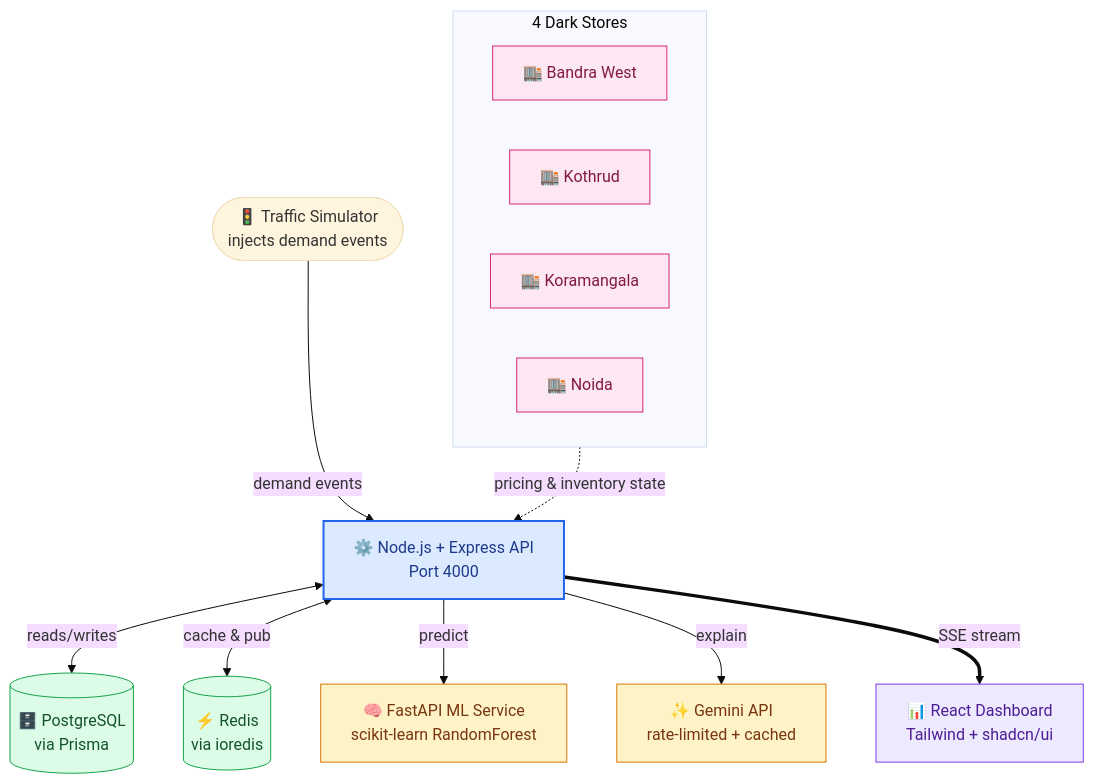
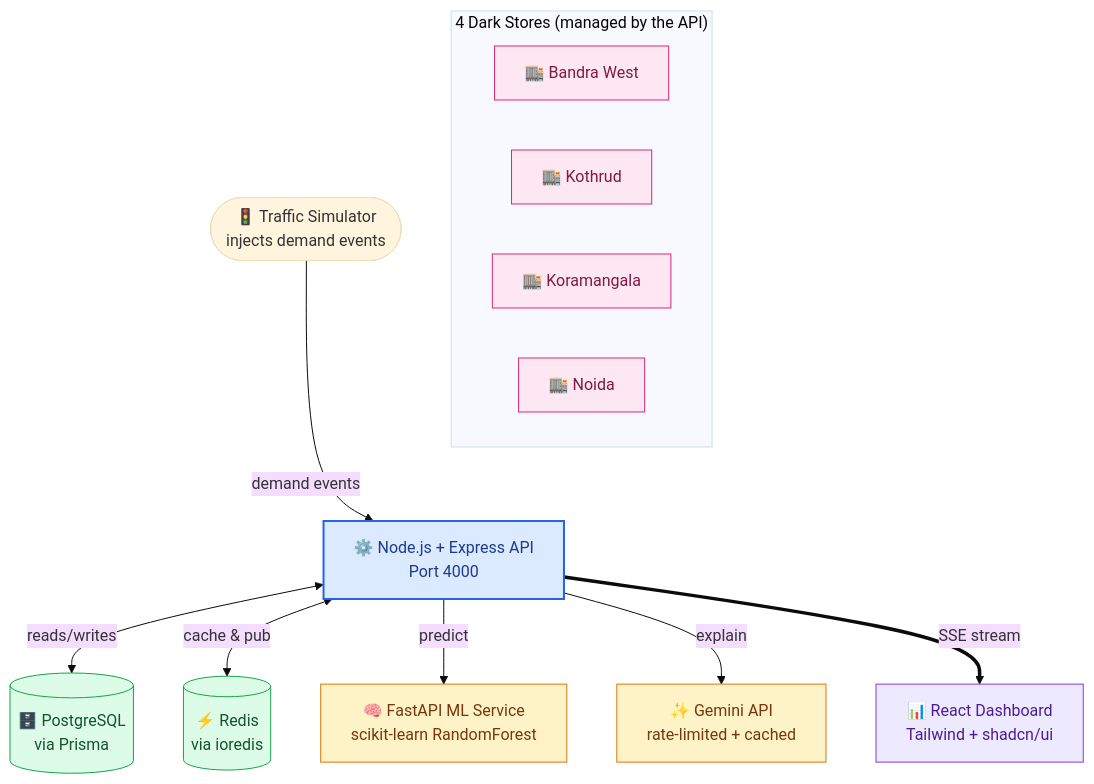
One commit to Kalpesh2409/surgeops changed the diagram in README.md. Above: the diagram before and after it, drawn with Mermaid (base theme).

Commit message:
docs: simplify architecture diagram to avoid misleading store->API arrow

````diff
--- a/README.md
+++ b/README.md
@@ -39,39 +39,40 @@
 ```mermaid
 flowchart TB
     Sim(["🚦 Traffic Simulator<br/>injects demand events"])
 
-    subgraph Stores [" 4 Dark Stores "]
+    subgraph Stores [" 4 Dark Stores (managed by the API) "]
         direction LR
         S1["🏬 Bandra West"]
         S2["🏬 Kothrud"]
         S3["🏬 Koramangala"]
         S4["🏬 Noida"]
     end
 
     API["⚙️ Node.js + Express API<br/>Port 4000"]
     DB[("🗄️ PostgreSQL<br/>via Prisma")]
     Cache[("⚡ Redis<br/>via ioredis")]
     ML["🧠 FastAPI ML Service<br/>scikit-learn RandomForest"]
     Gemini["✨ Gemini API<br/>rate-limited + cached"]
     Web["📊 React Dashboard<br/>Tailwind + shadcn/ui"]
 
     Sim -->|demand events| API
-    Stores -.->|pricing & inventory state| API
     API <-->|reads/writes| DB
     API <-->|cache & pub| Cache
     API -->|predict| ML
     API -->|explain| Gemini
     API ==>|SSE stream| Web
+
+    Stores ~~~ API
 
     classDef store fill:#fce7f3,stroke:#db2777,color:#831843,stroke-width:1px
     classDef core fill:#dbeafe,stroke:#2563eb,color:#1e3a8a,stroke-width:2px
     classDef data fill:#dcfce7,stroke:#16a34a,color:#14532d,stroke-width:1px
     classDef ext fill:#fef3c7,stroke:#d97706,color:#78350f,stroke-width:1px
     classDef ui fill:#ede9fe,stroke:#7c3aed,color:#4c1d95,stroke-width:1px
 
     class S1,S2,S3,S4 store
     class API core
     class DB,Cache data
     class ML,Gemini ext
     class Web ui
 ```
````
